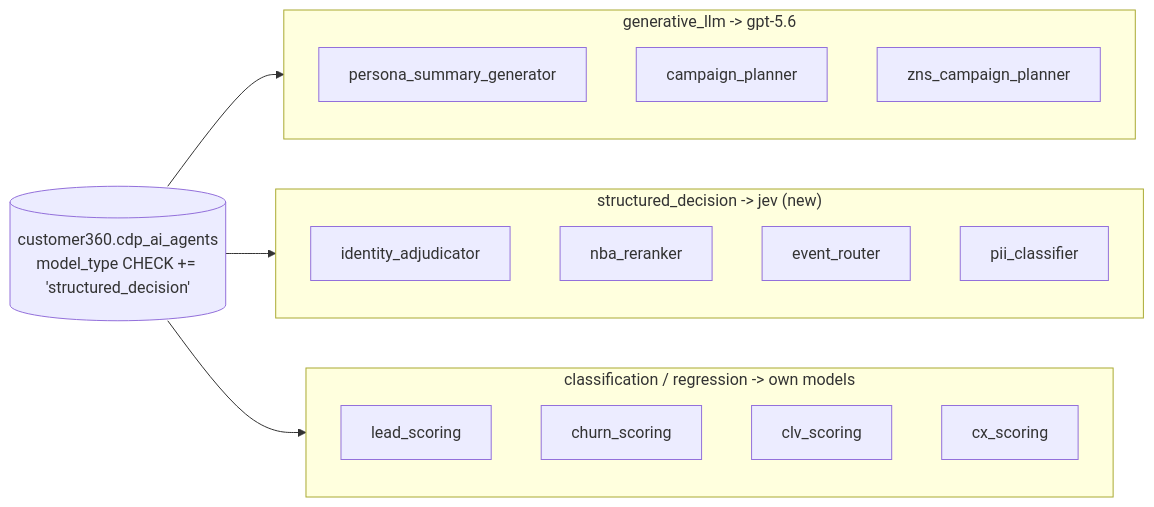
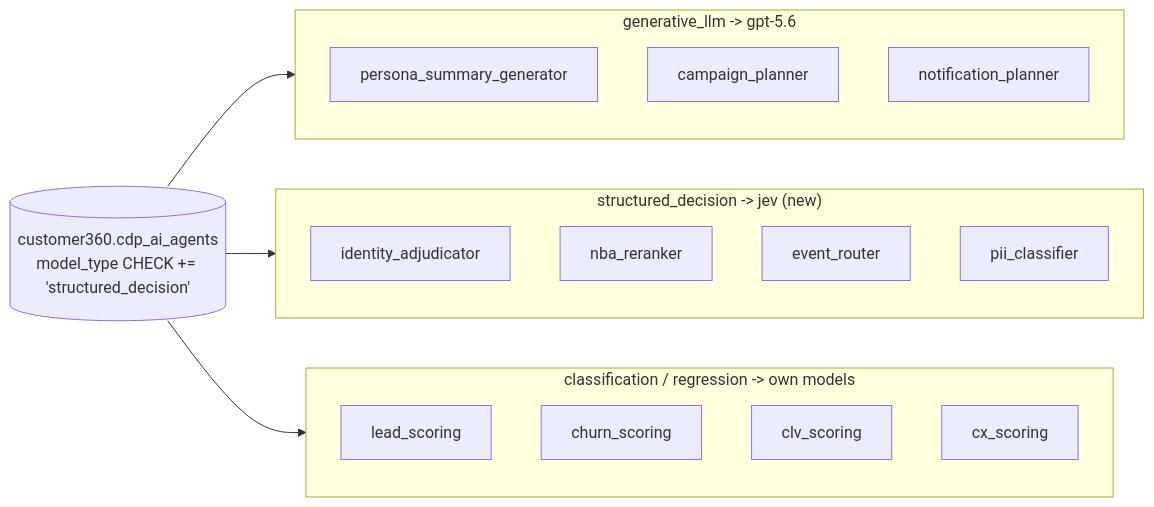
The second of 8 diagrams in docs/research-papers/the-customer360-model-layer.md (LEO-CDP/leo-customer360), drawn with Mermaid before and after one commit. The commit also changed 42 other files, not shown here.

````diff
--- a/docs/research-papers/the-customer360-model-layer.md
+++ b/docs/research-papers/the-customer360-model-layer.md
@@ -127,24 +127,24 @@
 ```mermaid
 flowchart LR
     REG[("customer360.cdp_ai_agents\nmodel_type CHECK += 'structured_decision'")]
     subgraph Gen["generative_llm -> gpt-5.6"]
       PSG[persona_summary_generator]
       CP[campaign_planner]
-      ZP[zns_campaign_planner]
+      ZP[notification_planner]
     end
     subgraph SD["structured_decision -> jev (new)"]
       IA[identity_adjudicator]
       NBA2[nba_reranker]
       EVT2[event_router]
       PII2[pii_classifier]
     end
     subgraph ML["classification / regression -> own models"]
       LS[lead_scoring]
       CS[churn_scoring]
       CLV[clv_scoring]
       CX[cx_scoring]
     end
     REG --> Gen
     REG --> SD
     REG --> ML
 ```
````
